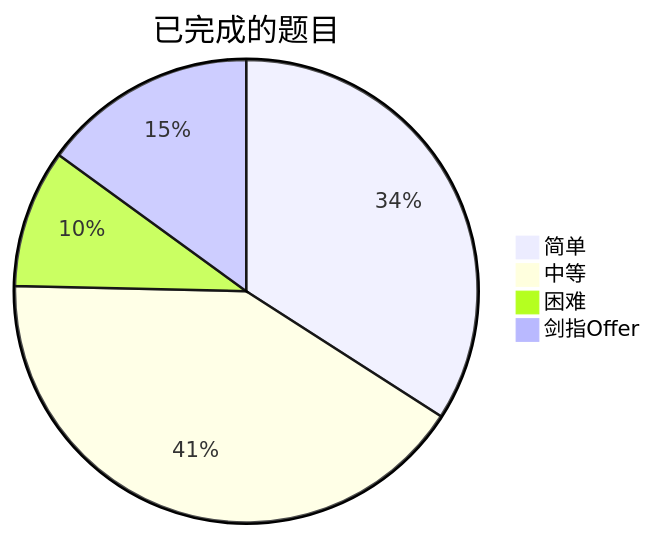
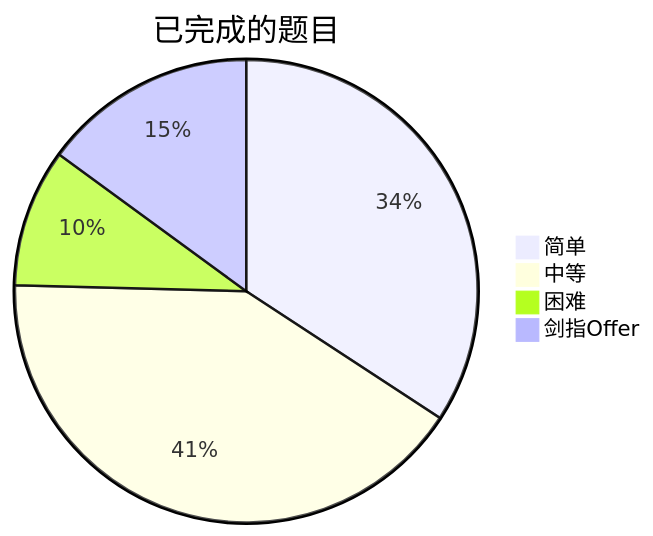
The diagram in README.md (kaisa911/LeetCode), drawn with Mermaid before and after one commit. The commit also changed other lines of this file and 2 other files, not shown here.

````diff
--- a/README.md
+++ b/README.md
@@ -9,7 +9,7 @@
 ```mermaid
 pie title 已完成的题目
-    "简单" : 166
+    "简单" : 167
     "中等" : 201
     "困难" : 47
     "剑指Offer" : 73
 ```
````
